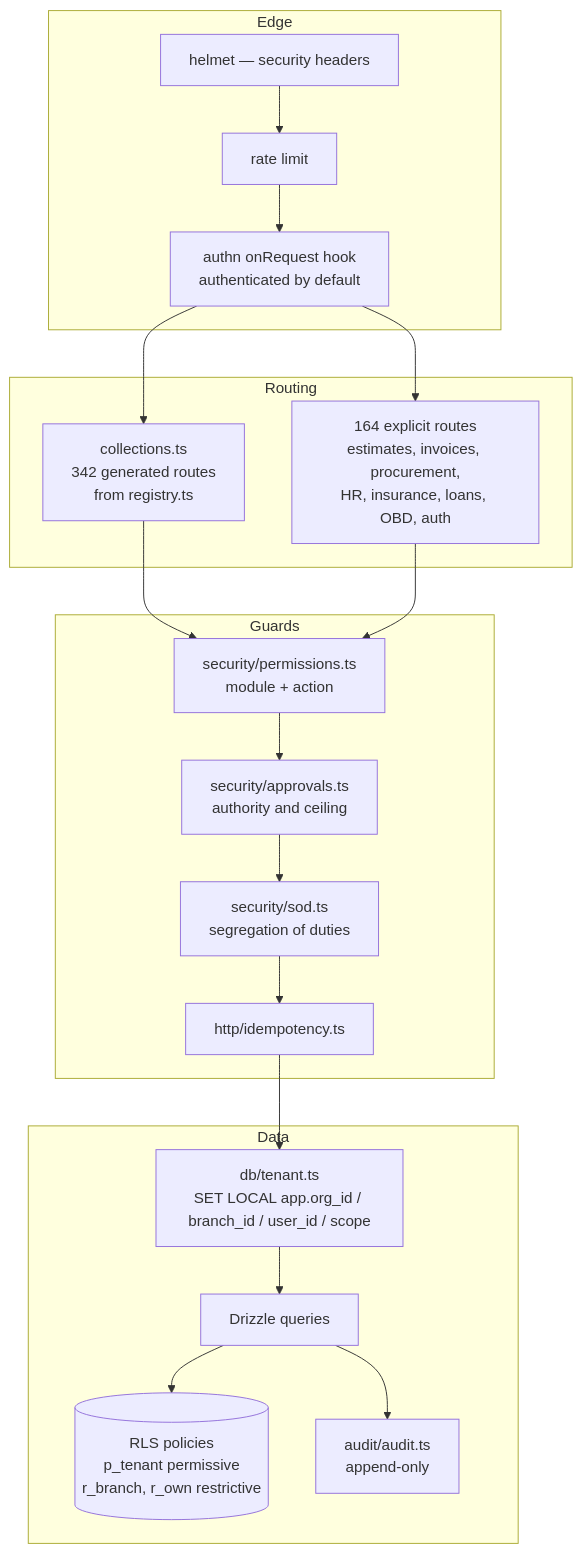
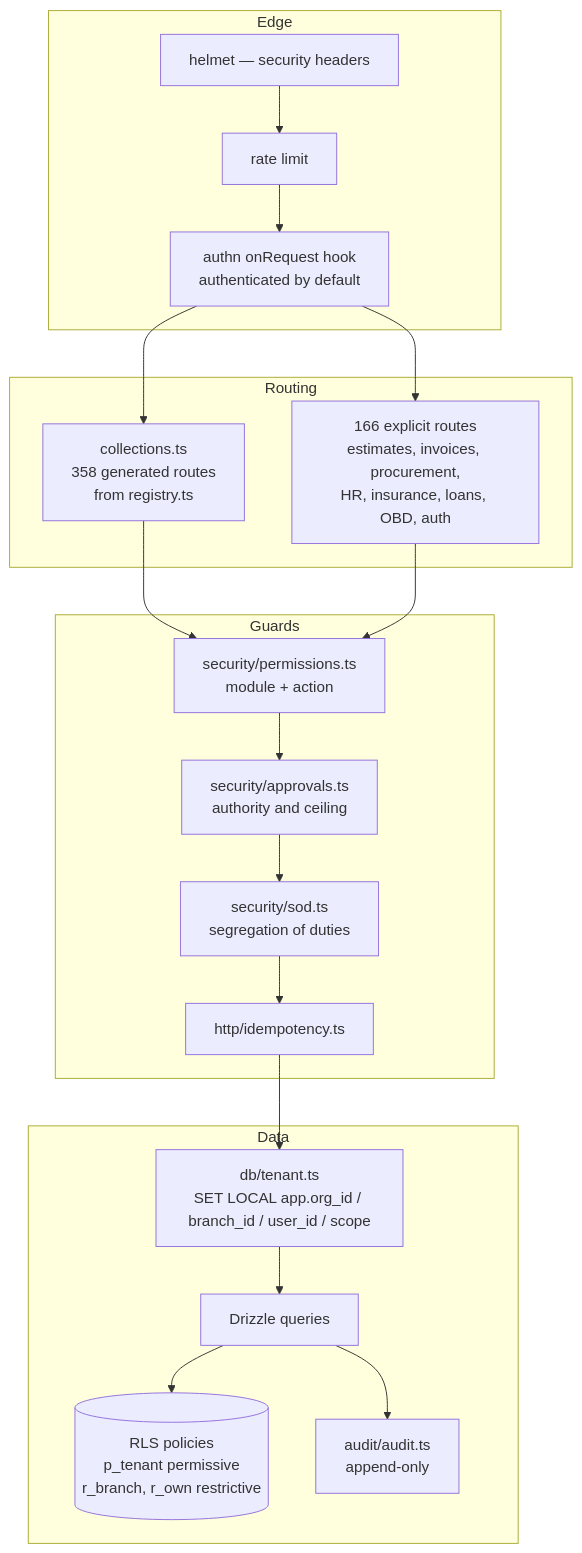
The third of 4 diagrams in docs/15_C4_ARCHITECTURE_DIAGRAMS/C4_MODEL.md (tazamohd/SlClNe), drawn with Mermaid before and after one commit. The commit also changed other lines of this file and 62 other files, not shown here.

````diff
--- a/docs/15_C4_ARCHITECTURE_DIAGRAMS/C4_MODEL.md
+++ b/docs/15_C4_ARCHITECTURE_DIAGRAMS/C4_MODEL.md
@@ -60,29 +60,29 @@
 ```mermaid
 flowchart TB
   subgraph edge[Edge]
     helmet["helmet — security headers"]
     rl["rate limit"]
     authn["authn onRequest hook<br/>authenticated by default"]
   end
   subgraph routing[Routing]
-    generic["collections.ts<br/>342 generated routes<br/>from registry.ts"]
-    explicit["164 explicit routes<br/>estimates, invoices, procurement,<br/>HR, insurance, loans, OBD, auth"]
+    generic["collections.ts<br/>358 generated routes<br/>from registry.ts"]
+    explicit["166 explicit routes<br/>estimates, invoices, procurement,<br/>HR, insurance, loans, OBD, auth"]
   end
   subgraph guards[Guards]
     perms["security/permissions.ts<br/>module + action"]
     approvals["security/approvals.ts<br/>authority and ceiling"]
     sod["security/sod.ts<br/>segregation of duties"]
     idem["http/idempotency.ts"]
   end
   subgraph data[Data]
     tenant["db/tenant.ts<br/>SET LOCAL app.org_id / branch_id / user_id / scope"]
     drizzle["Drizzle queries"]
     rls[("RLS policies<br/>p_tenant permissive<br/>r_branch, r_own restrictive")]
     audit["audit/audit.ts<br/>append-only"]
   end
   helmet --> rl --> authn --> generic
   authn --> explicit
   generic --> perms
   explicit --> perms --> approvals --> sod --> idem --> tenant --> drizzle --> rls
   drizzle --> audit
 ```
````
